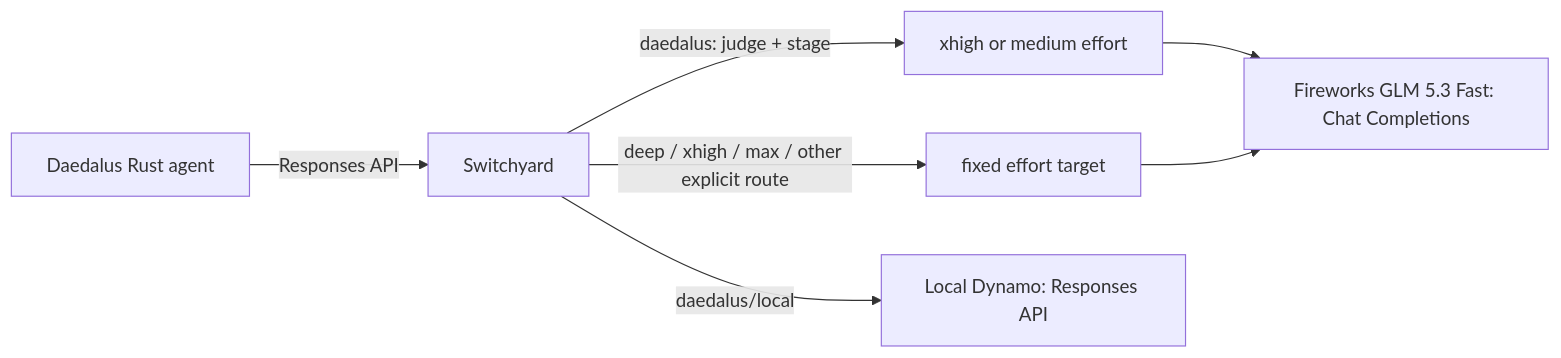
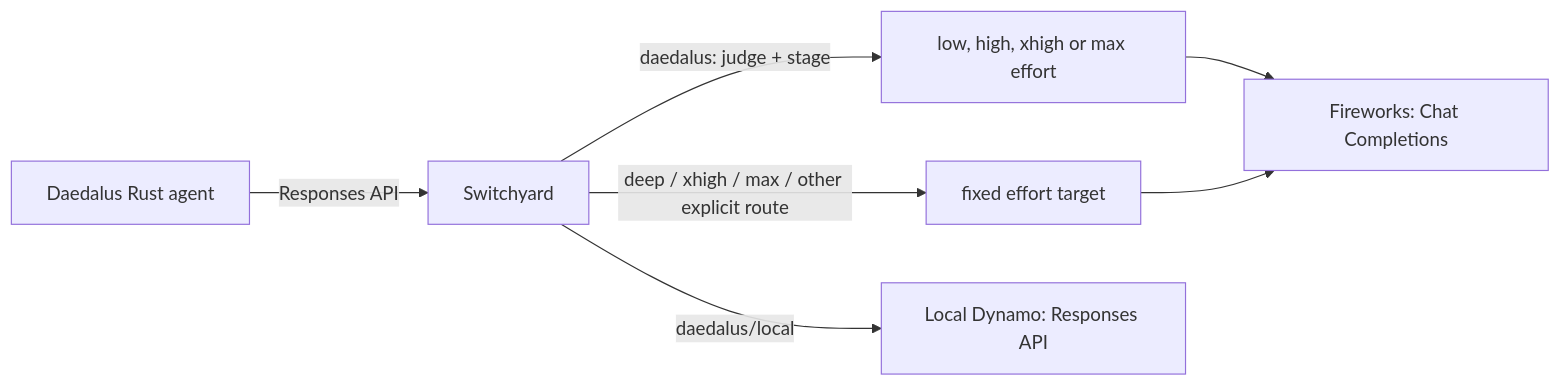
Before and after one commit to tuttlebr/daedalus-switchyard: the diagram in README.md, drawn with Mermaid. The commit also changed other lines of this file and 2 other files, not shown here.

Commit message:
Align Fireworks routing policy with CoreWeave

````diff
--- a/README.md
+++ b/README.md
@@ -29,9 +28,9 @@
 ```mermaid
 flowchart LR
   A[Daedalus Rust agent] -->|Responses API| B[Switchyard]
-  B -->|daedalus: judge + stage| C[xhigh or medium effort]
+  B -->|daedalus: judge + stage| C[low, high, xhigh or max effort]
   B -->|deep / xhigh / max / other explicit route| D[fixed effort target]
-  C --> E[Fireworks GLM 5.3 Fast: Chat Completions]
+  C --> E[Fireworks: Chat Completions]
   D --> E
   B -->|daedalus/local| F[Local Dynamo: Responses API]
 ```
````
